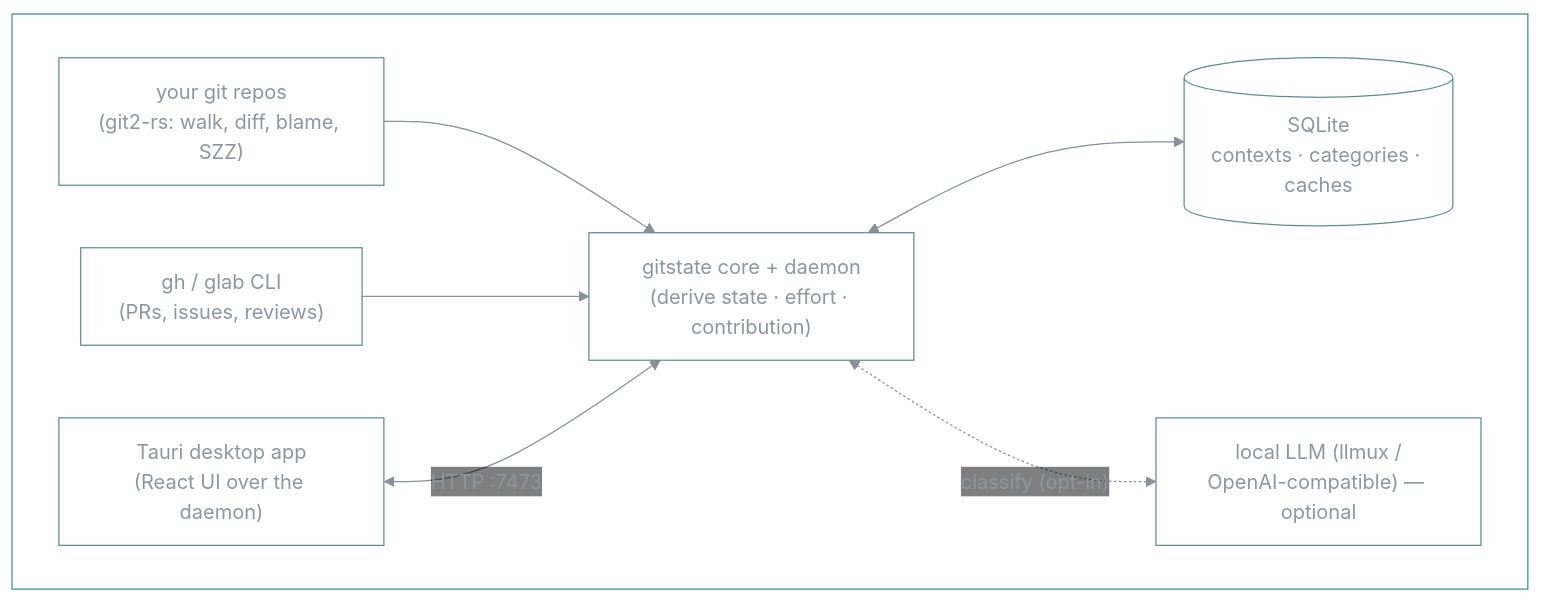
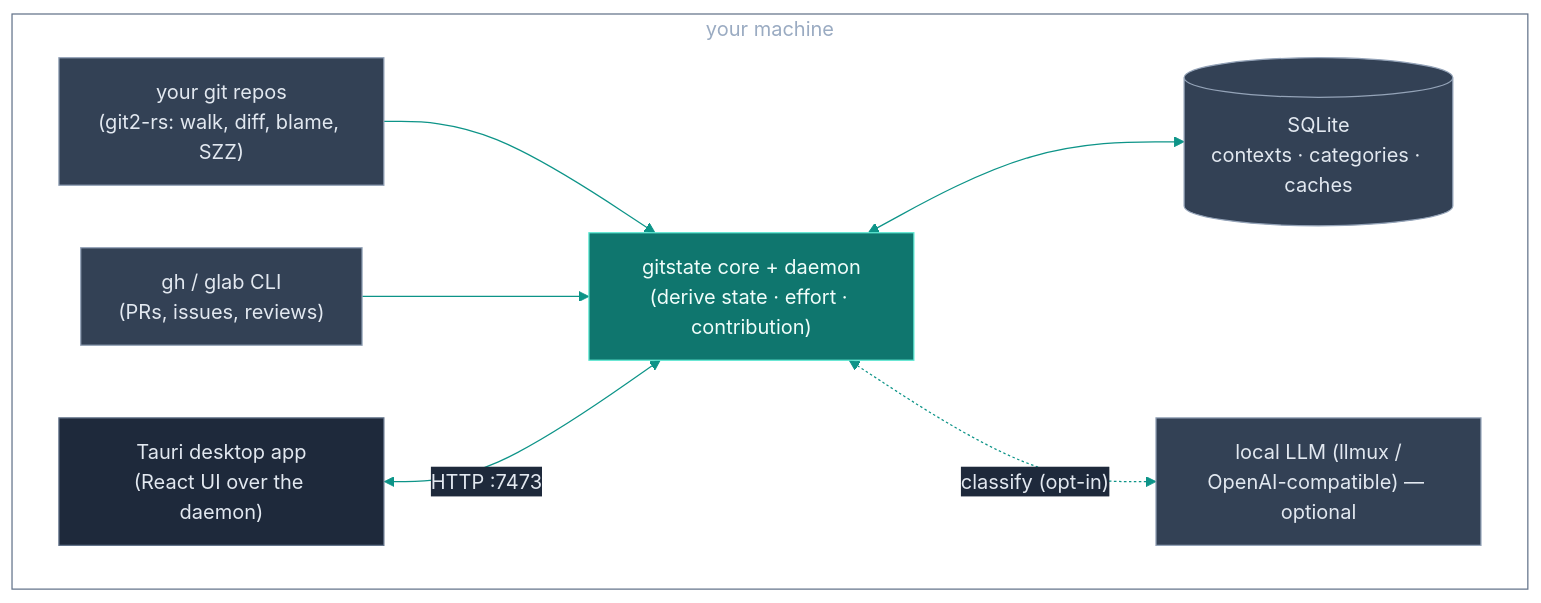
One commit to vul-os/gitstate changed the first of 2 diagrams in README.md. Above: the diagram before and after it, drawn with Mermaid. The commit also changed other lines of this file, not shown here.

````diff
--- a/README.md
+++ b/README.md
@@ -104,18 +104,25 @@
 ```mermaid
-%%{init: {'theme':'base','themeVariables':{'fontFamily':'ui-monospace, SFMono-Regular, Menlo, monospace','primaryColor':'transparent','primaryBorderColor':'#14b8a6','primaryTextColor':'#8f969e','lineColor':'#8a8f98','nodeBorder':'#5f8f8a','edgeLabelBackground':'transparent','clusterBorder':'#3f8f86','clusterBkg':'transparent'}}}%%
+%%{init: {'theme':'base','themeVariables':{'fontFamily':'ui-monospace, SFMono-Regular, Menlo, monospace','primaryColor':'#334155','primaryBorderColor':'#94a3b8','primaryTextColor':'#e2e8f0','lineColor':'#0d9488','edgeLabelBackground':'#1e293b','clusterBkg':'transparent','clusterBorder':'#64748b'}}}%%
 flowchart LR
     subgraph machine["your machine"]
         direction LR
         git["your git repos<br/>(git2-rs: walk, diff, blame, SZZ)"]
         forge["gh / glab CLI<br/>(PRs, issues, reviews)"]
         core["gitstate core + daemon<br/>(derive state · effort · contribution)"]
         db[("SQLite<br/>contexts · categories · caches")]
         llm["local LLM (llmux /<br/>OpenAI-compatible) — optional"]
         app["Tauri desktop app<br/>(React UI over the daemon)"]
         git --> core
         forge --> core
         core <--> db
         core <-.->|"classify (opt-in)"| llm
         app <-->|"HTTP :7473"| core
     end
+
+    classDef entry fill:#1e293b,stroke:#64748b,color:#e2e8f0
+    classDef subject fill:#0f766e,stroke:#5eead4,color:#f0fdfa
+    classDef downstream fill:#334155,stroke:#94a3b8,color:#e2e8f0
+    class app entry
+    class core subject
+    class git,forge,db,llm downstream
 ```
````
